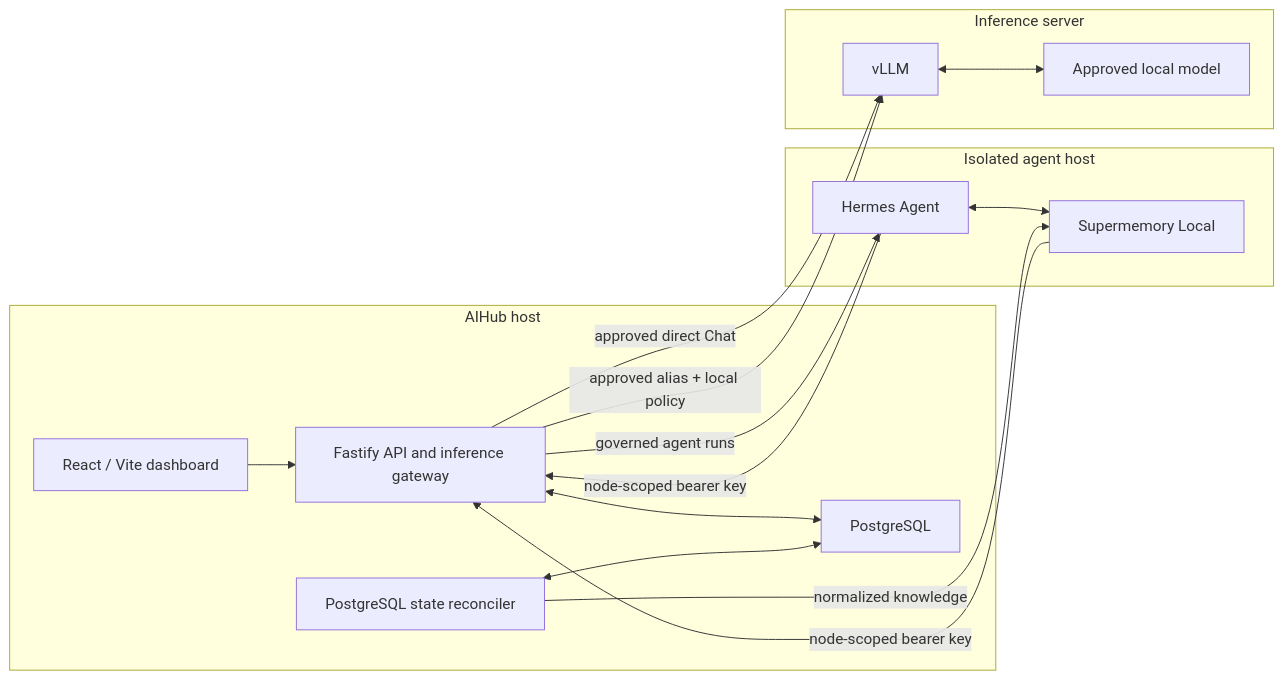
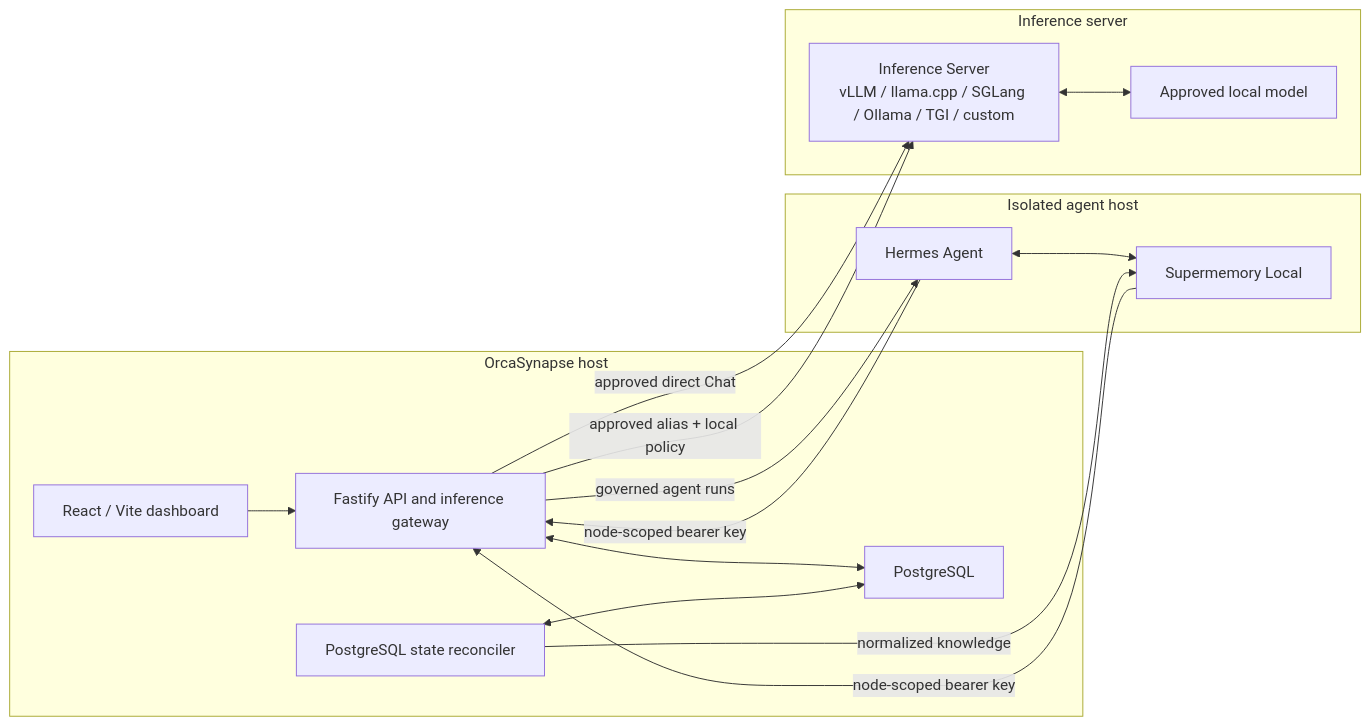
One commit to multichainerz/AI changed the diagram in docs/ARCHITECTURE.md. Above: the diagram before and after it, drawn with Mermaid. The commit also changed other lines of this file and 203 other files, not shown here.

````diff
--- a/docs/ARCHITECTURE.md
+++ b/docs/ARCHITECTURE.md
@@ -5,31 +5,31 @@
 ```mermaid
 flowchart LR
-  subgraph VM1["AIHub host"]
+  subgraph VM1["OrcaSynapse host"]
     WEB["React / Vite dashboard"]
     API["Fastify API and inference gateway"]
     WORKER["PostgreSQL state reconciler"]
     PG["PostgreSQL"]
     WEB --> API
     API <--> PG
     WORKER <--> PG
   end
 
   subgraph VM2["Isolated agent host"]
     HERMES["Hermes Agent"]
     SM["Supermemory Local"]
     HERMES <--> SM
   end
 
   subgraph GPU["Inference server"]
-    VLLM["vLLM"]
+    INFERENCE["Inference Server<br/>vLLM / llama.cpp / SGLang / Ollama / TGI / custom"]
     MODEL["Approved local model"]
-    VLLM <--> MODEL
+    INFERENCE <--> MODEL
   end
 
-  API -->|"approved direct Chat"| VLLM
+  API -->|"approved direct Chat"| INFERENCE
   API -->|"governed agent runs"| HERMES
   HERMES -->|"node-scoped bearer key"| API
   SM -->|"node-scoped bearer key"| API
-  API -->|"approved alias + local policy"| VLLM
+  API -->|"approved alias + local policy"| INFERENCE
   WORKER -->|"normalized knowledge"| SM
 ```
````
